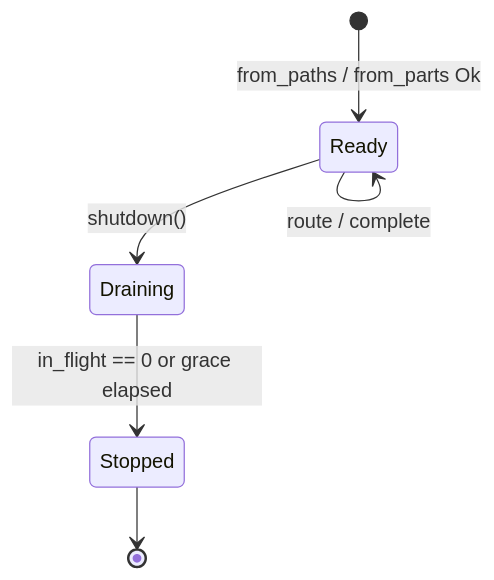
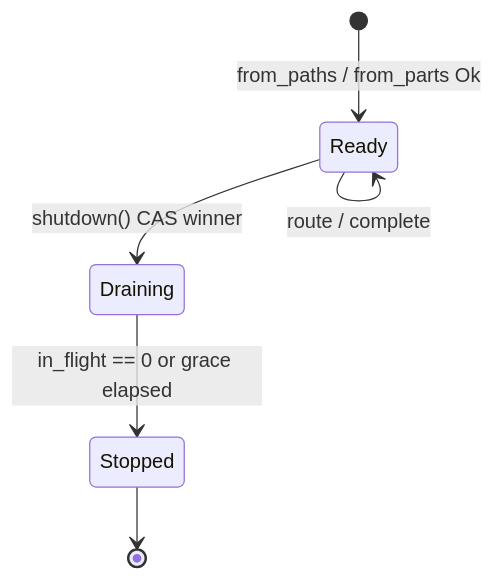
The third of 4 diagrams in docs/rfcs/RFC-0007-model-router-provider.md (arkadianet/Alloy), drawn with Mermaid before and after one commit. The commit also changed other lines of this file and 2 other files, not shown here.

````diff
--- a/docs/rfcs/RFC-0007-model-router-provider.md
+++ b/docs/rfcs/RFC-0007-model-router-provider.md
@@ -933,8 +1037,8 @@
 ```mermaid
 stateDiagram-v2
   [*] --> Ready: from_paths / from_parts Ok
   Ready --> Ready: route / complete
-  Ready --> Draining: shutdown()
+  Ready --> Draining: shutdown() CAS winner
   Draining --> Stopped: in_flight == 0 or grace elapsed
   Stopped --> [*]
 ```
````
